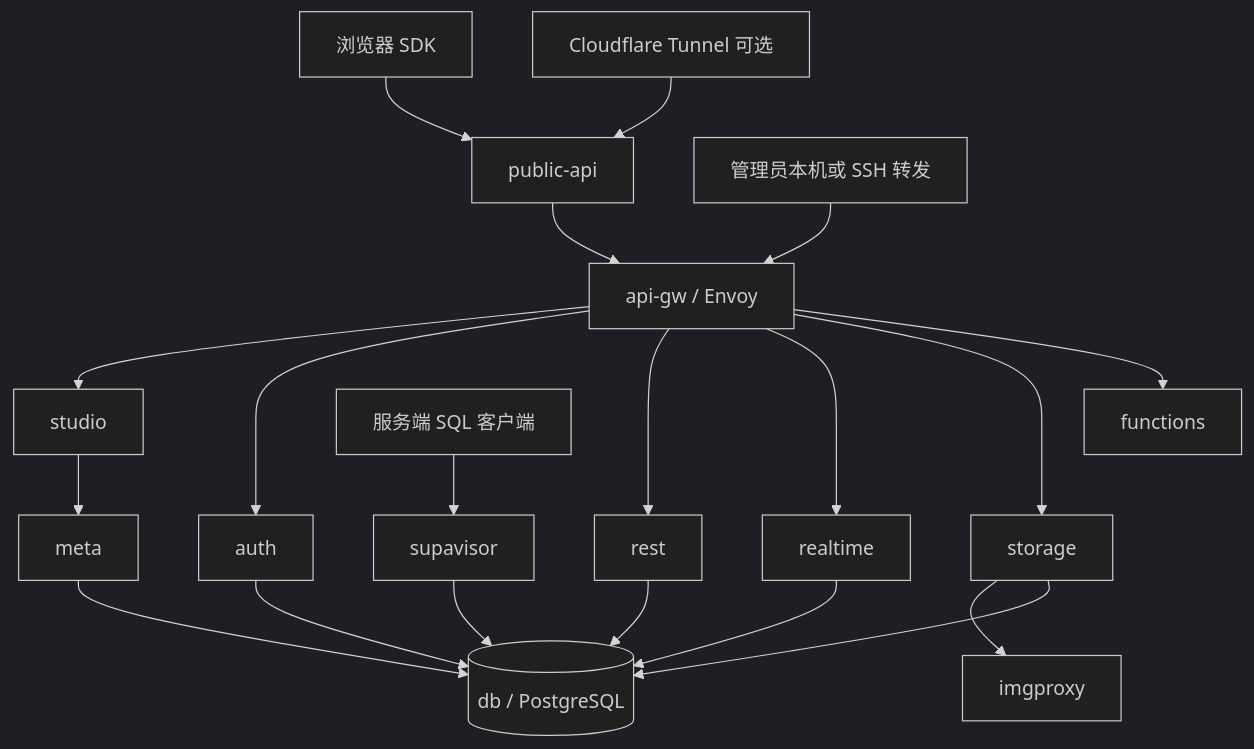
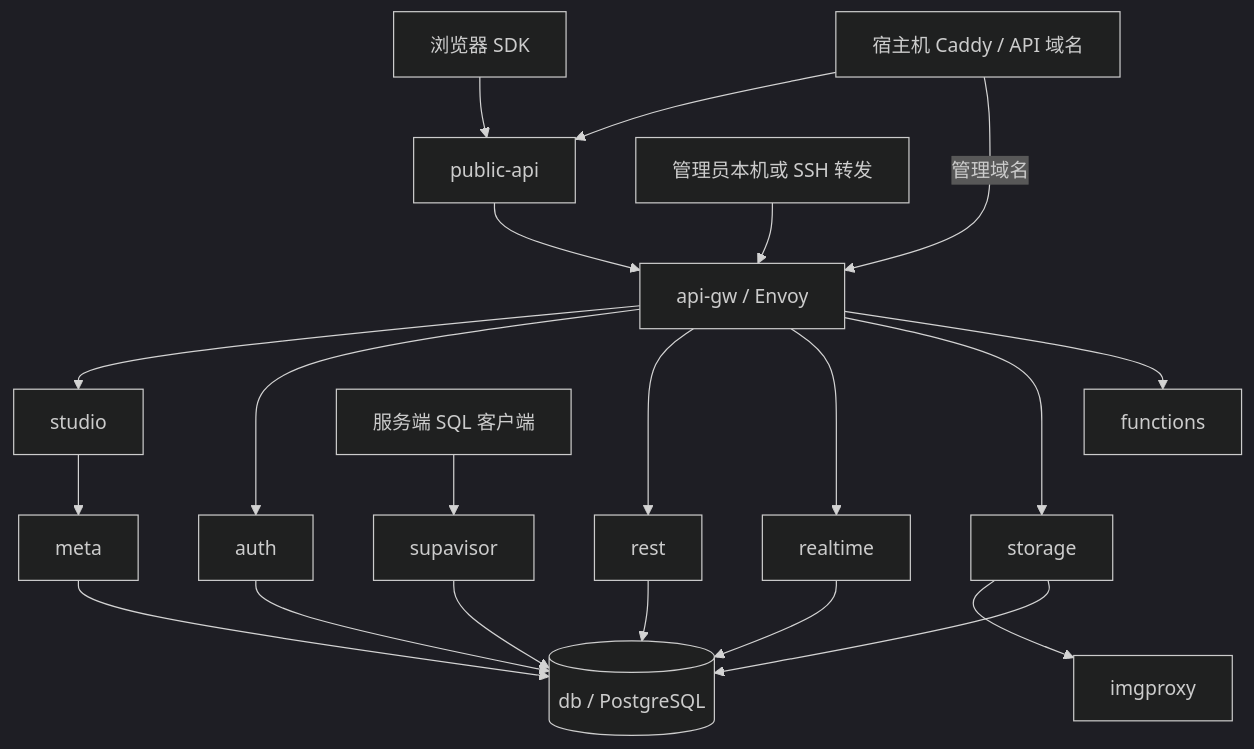
The diagram in docs/containers.md (lij55/mybase), drawn with Mermaid (dark theme) before and after one commit. The commit also changed other lines of this file and 15 other files, not shown here.

````diff
--- a/docs/containers.md
+++ b/docs/containers.md
@@ -25,22 +24,23 @@
 ```mermaid
 flowchart TD
   Browser[浏览器 SDK] --> Public[public-api]
-  CF[Cloudflare Tunnel 可选] --> Public
+  Caddy[宿主机 Caddy / API 域名] --> Public
+  Caddy -->|管理域名| GW
   Public --> GW[api-gw / Envoy]
   Admin[管理员本机或 SSH 转发] --> GW
   GW --> Studio[studio]
   GW --> Auth[auth]
   GW --> REST[rest]
   GW --> RT[realtime]
   GW --> Storage[storage]
   GW --> Fn[functions]
   Studio --> Meta[meta]
   Storage --> Img[imgproxy]
   Auth --> DB[(db / PostgreSQL)]
   REST --> DB
   RT --> DB
   Storage --> DB
   Meta --> DB
   SQL[服务端 SQL 客户端] --> Pool[supavisor]
   Pool --> DB
 ```
````
